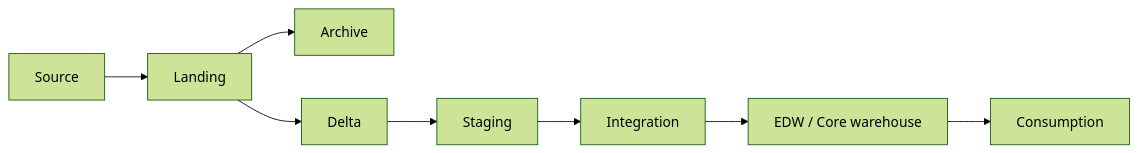
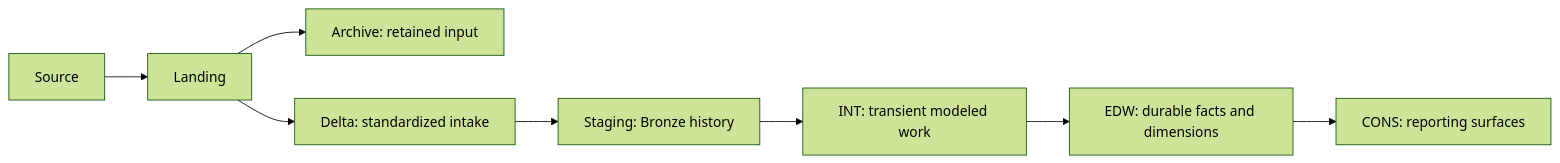
The second of 2 diagrams in docs/architecture/framework-architecture.md (dchannon/Culina-Academy), drawn with Mermaid (forest theme) before and after one commit. The commit also changed other lines of this file and 74 other files, not shown here.

````diff
--- a/docs/architecture/framework-architecture.md
+++ b/docs/architecture/framework-architecture.md
@@ -36,10 +52,10 @@
 ```mermaid
 flowchart LR
   Source["Source"] --> Landing["Landing"]
-  Landing --> Archive["Archive"]
-  Landing --> Delta["Delta"]
-  Delta --> Staging["Staging"]
-  Staging --> Integration["Integration"]
-  Integration --> Warehouse["EDW / Core warehouse"]
-  Warehouse --> Consumption["Consumption"]
+  Landing --> Archive["Archive: retained input"]
+  Landing --> Delta["Delta: standardized intake"]
+  Delta --> Staging["Staging: Bronze history"]
+  Staging --> INT["INT: transient modeled work"]
+  INT --> EDW["EDW: durable facts and dimensions"]
+  EDW --> CONS["CONS: reporting surfaces"]
 ```
````
